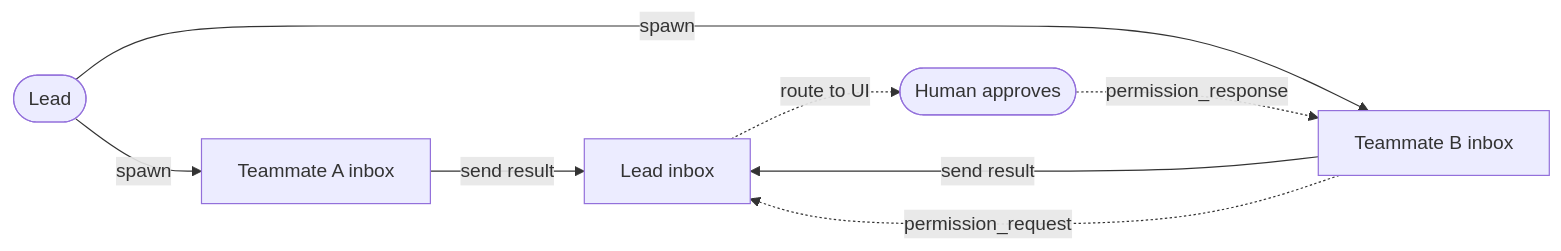
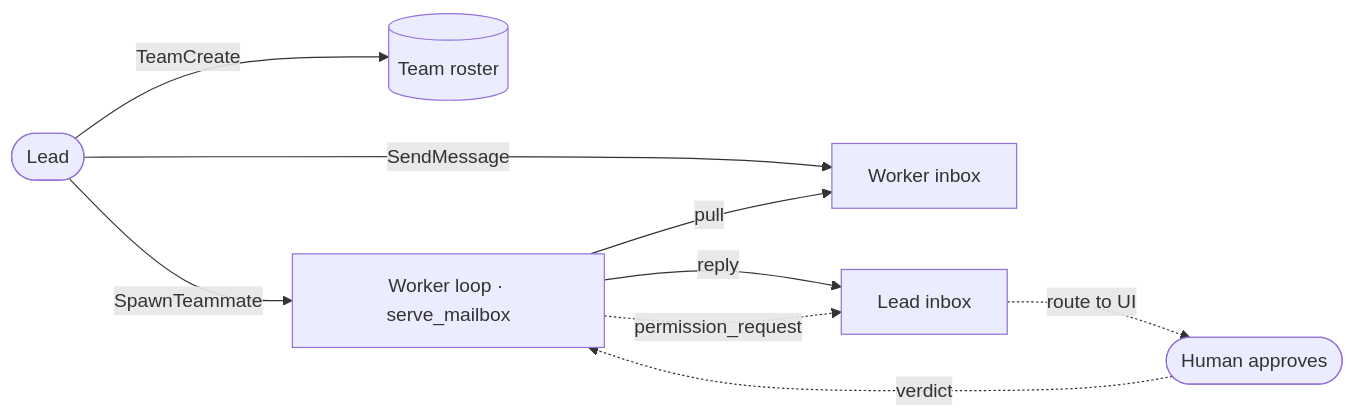
Before and after one commit to hardness1020/awesome-agent-architecture: the diagram in sections/16-coordination/README.md, drawn with Mermaid. The commit also changed other lines of this file and 3 other files, not shown here.

First line of the commit message:
feat(coordination): lead spawns and sizes its own team

````diff
--- a/sections/16-coordination/README.md
+++ b/sections/16-coordination/README.md
@@ -28,10 +34,11 @@
 ```mermaid
 flowchart LR
-    L([Lead]) -->|spawn| A[Teammate A inbox]
-    L -->|spawn| B[Teammate B inbox]
-    A -->|send result| LI[Lead inbox]
-    B -->|send result| LI
-    B -.->|permission_request| LI
+    L([Lead]) -->|TeamCreate| R[(Team roster)]
+    L -->|SpawnTeammate| T[Worker loop · serve_mailbox]
+    L -->|SendMessage| WI[Worker inbox]
+    T -->|pull| WI
+    T -->|reply| LI[Lead inbox]
+    T -.->|permission_request| LI
     LI -.->|route to UI| H([Human approves])
-    H -.->|permission_response| B
+    H -.->|verdict| T
 ```
````
